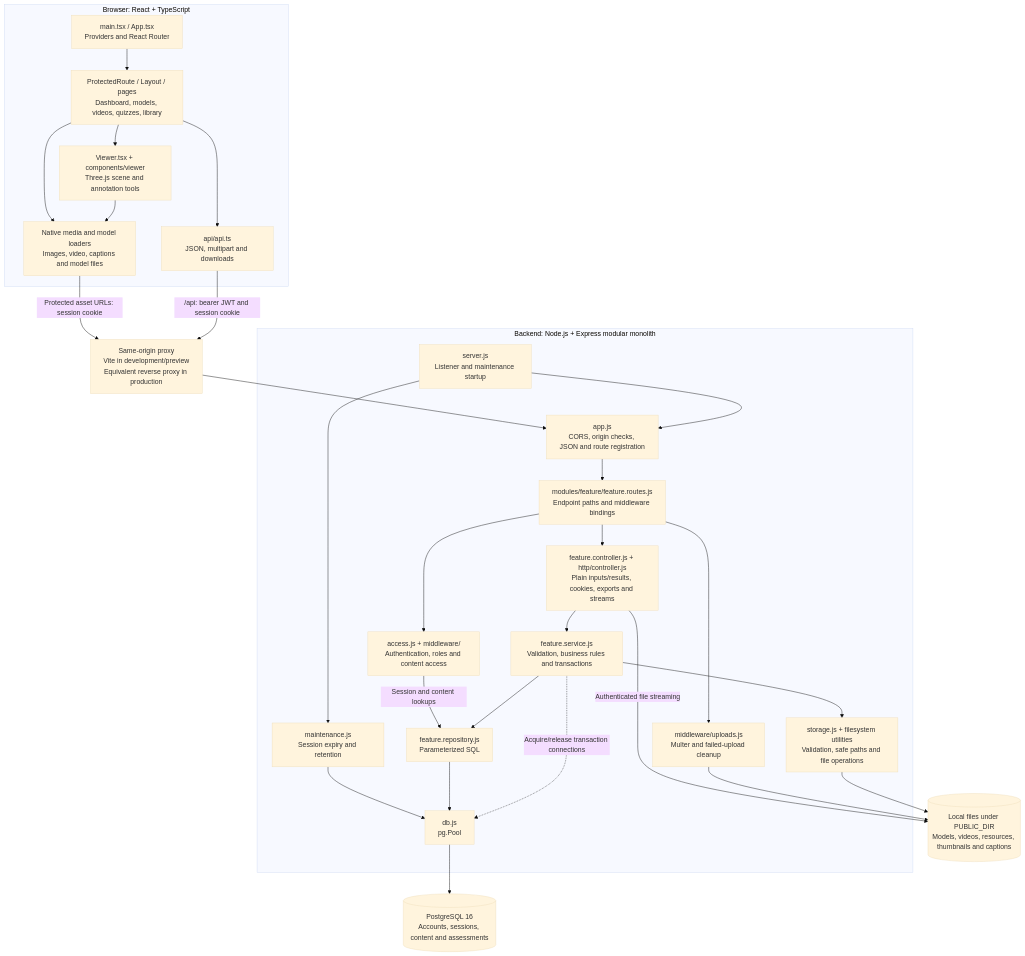
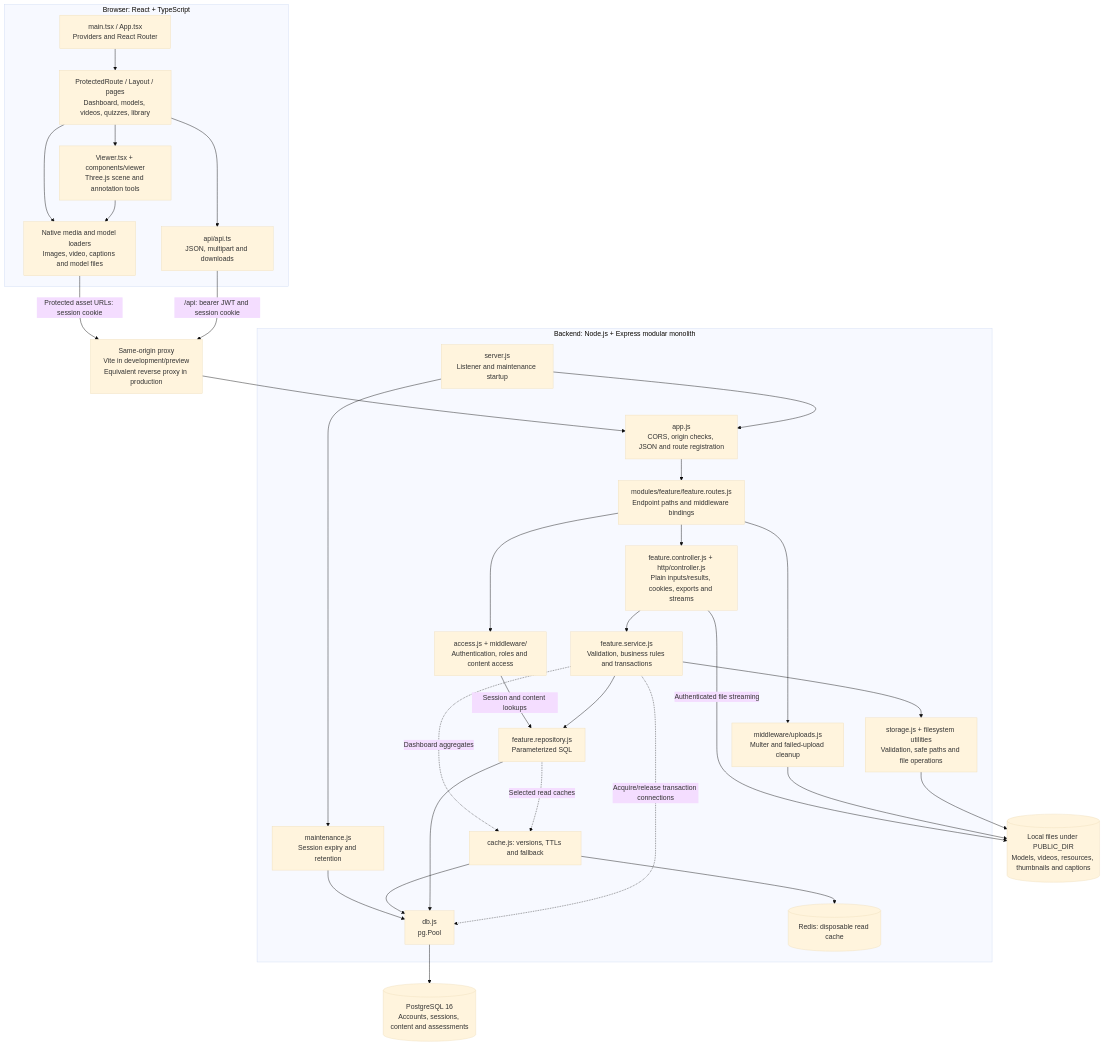
One commit to Ryan-wong123/Anatolearn changed the diagram in docs/Architecture.md. Above: the diagram before and after it, drawn with Mermaid (base theme). The commit also changed other lines of this file and 26 other files, not shown here.

Commit message:
Add Redis read caching and Docker service

````diff
--- a/docs/Architecture.md
+++ b/docs/Architecture.md
@@ -9,55 +9,59 @@
 ```mermaid
 flowchart TB
   subgraph browser["Browser: React + TypeScript"]
     App["main.tsx / App.tsx<br/>Providers and React Router"]
     Pages["ProtectedRoute / Layout / pages<br/>Dashboard, models, videos, quizzes, library"]
     Viewer["Viewer.tsx + components/viewer<br/>Three.js scene and annotation tools"]
     Client["api/api.ts<br/>JSON, multipart and downloads"]
     Media["Native media and model loaders<br/>Images, video, captions and model files"]
     App --> Pages
     Pages --> Viewer
     Pages --> Client
     Viewer --> Media
     Pages --> Media
   end
 
   Proxy["Same-origin proxy<br/>Vite in development/preview<br/>Equivalent reverse proxy in production"]
   Client -->|"/api: bearer JWT and session cookie"| Proxy
   Media -->|"Protected asset URLs: session cookie"| Proxy
 
   subgraph backend["Backend: Node.js + Express modular monolith"]
     Server["server.js<br/>Listener and maintenance startup"]
     ExpressApp["app.js<br/>CORS, origin checks, JSON and route registration"]
     Routes["modules/feature/feature.routes.js<br/>Endpoint paths and middleware bindings"]
     Guards["access.js + middleware/<br/>Authentication, roles and content access"]
     Uploads["middleware/uploads.js<br/>Multer and failed-upload cleanup"]
     Controller["feature.controller.js + http/controller.js<br/>Plain inputs/results, cookies, exports and streams"]
     Services["feature.service.js<br/>Validation, business rules and transactions"]
     Repositories["feature.repository.js<br/>Parameterized SQL"]
     Storage["storage.js + filesystem utilities<br/>Validation, safe paths and file operations"]
     Maintenance["maintenance.js<br/>Session expiry and retention"]
     Pool["db.js<br/>pg.Pool"]
 
     Server --> ExpressApp
     Server --> Maintenance
     ExpressApp --> Routes
     Routes --> Guards
     Routes --> Uploads
     Routes --> Controller
     Controller --> Services
     Services --> Repositories
     Services --> Storage
     Services -.->|"Acquire/release transaction connections"| Pool
     Guards -->|"Session and content lookups"| Repositories
     Repositories --> Pool
+    Repositories -.->|"Selected read caches"| Cache["cache.js: versions, TTLs and fallback"]
+    Services -.->|"Dashboard aggregates"| Cache
+    Cache --> Pool
+    Cache --> Redis[("Redis: disposable read cache")]
     Maintenance --> Pool
   end
 
   Proxy --> ExpressApp
   Database[("PostgreSQL 16<br/>Accounts, sessions, content and assessments")]
   Files[("Local files under PUBLIC_DIR<br/>Models, videos, resources, thumbnails and captions")]
   Pool --> Database
   Storage --> Files
   Uploads --> Files
   Controller -->|"Authenticated file streaming"| Files
 ```
````
